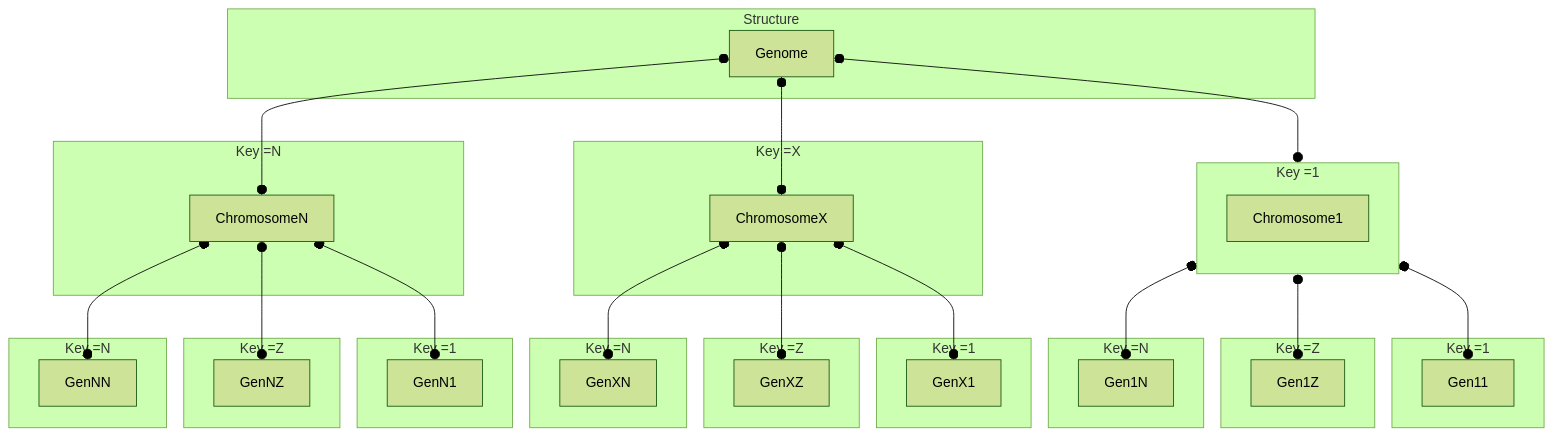
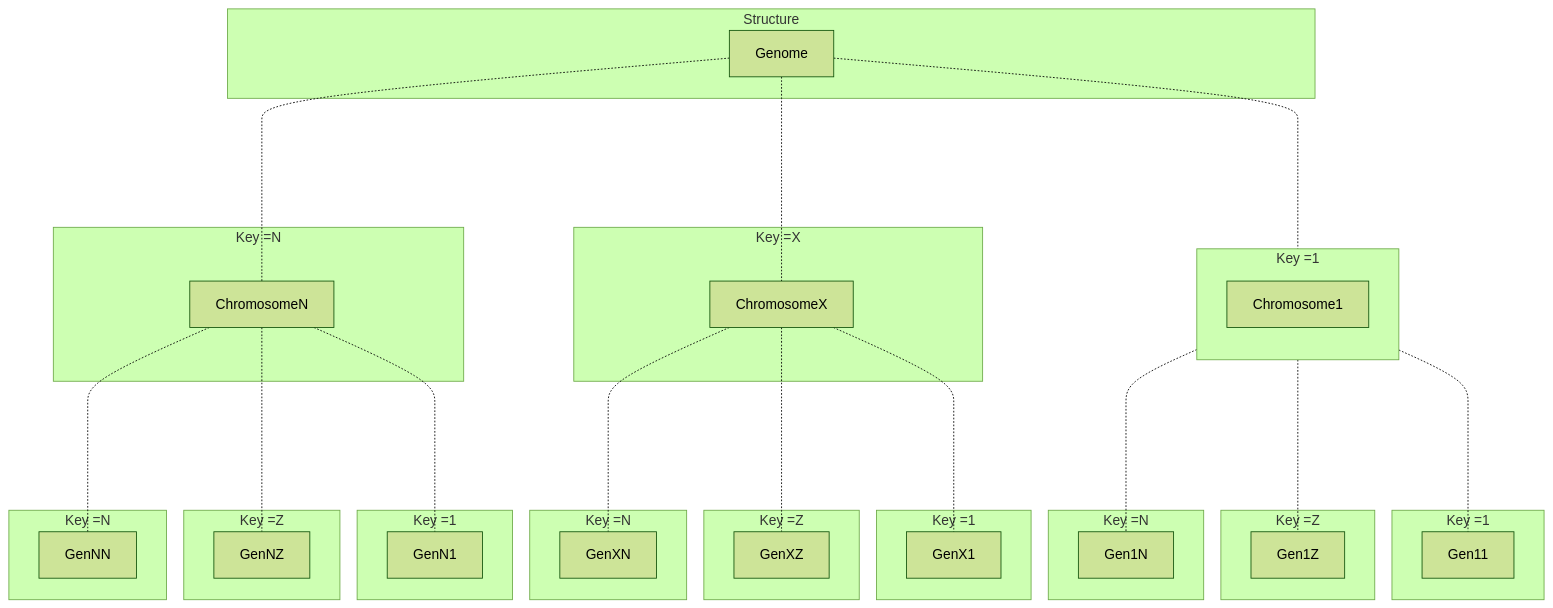
Before and after one commit to SergioOyaga/GeneticAlgorithmExamples: the diagram in src/main/java/org/soyaga/examples/NQueenProblem/SimpleGAs/HashMaps/README.md, drawn with Mermaid (forest theme). The commit also changed other lines of this file and 6 other files, not shown here.

`````diff
--- a/src/main/java/org/soyaga/examples/NQueenProblem/SimpleGAs/HashMaps/README.md
+++ b/src/main/java/org/soyaga/examples/NQueenProblem/SimpleGAs/HashMaps/README.md
@@ -36,45 +36,45 @@
 ````mermaid
 flowchart TB
     subgraph  ide0 [Structure]
     Genome
     end
-    subgraph  ide1 [Key =1]
+    subgraph  ide1 [ Key =1]
     direction TB    
-    Genome o--o Chromosome1
+    Genome -...- Chromosome1
     end
     subgraph  ide2 [Key =X]
-    Genome o--o ChromosomeX
+    Genome -...- ChromosomeX
     end
     subgraph  ide3 [Key =N]
-    Genome o--o ChromosomeN
+    Genome -...- ChromosomeN
     end
     subgraph  ide4 [Key =1]
-    Chromosome1 o--o Gen11
+    Chromosome1 -...- Gen11
     end
     subgraph  ide5 [Key =Z]
-    Chromosome1 o--o Gen1Z
+    Chromosome1 -...- Gen1Z
     end
     subgraph  ide6 [Key =N]
-    Chromosome1 o--o Gen1N
+    Chromosome1 -...- Gen1N
     end
     subgraph  ide7 [Key =1]
-    ChromosomeX o--o GenX1
+    ChromosomeX -...- GenX1
     end
     subgraph  ide8 [Key =Z]
-    ChromosomeX o--o GenXZ
+    ChromosomeX -...- GenXZ
     end
     subgraph  ide9 [Key =N]
-    ChromosomeX o--o GenXN
+    ChromosomeX -...- GenXN
     end
     subgraph  ide10 [Key =1]
-    ChromosomeN o--o GenN1
+    ChromosomeN -...- GenN1
     end
     subgraph  ide11 [Key =Z]
-    ChromosomeN o--o GenNZ
+    ChromosomeN -...- GenNZ
     end
     subgraph  ide12 [Key =N]
-    ChromosomeN o--o GenNN
+    ChromosomeN -...- GenNN
     end
 
     
 ````
`````
